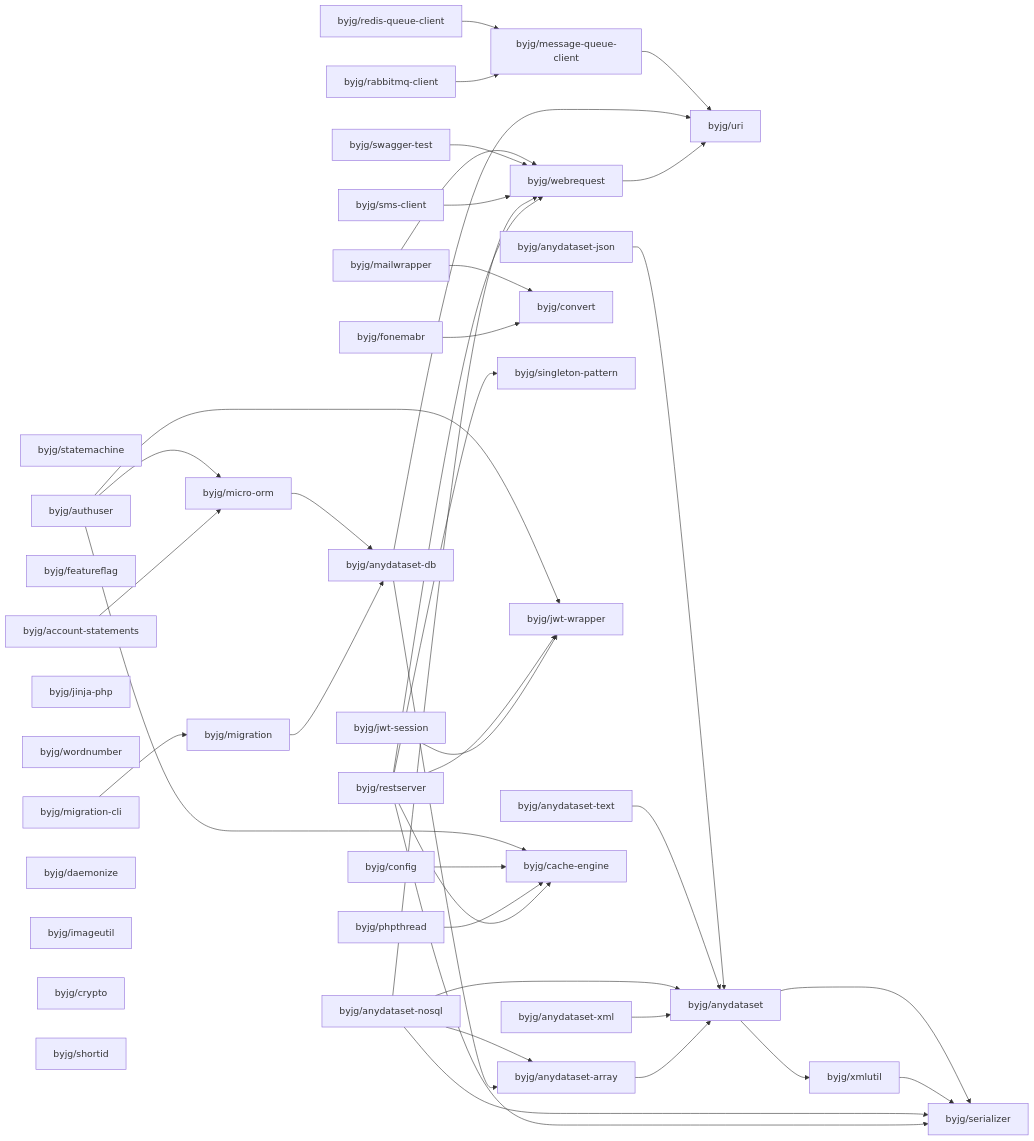
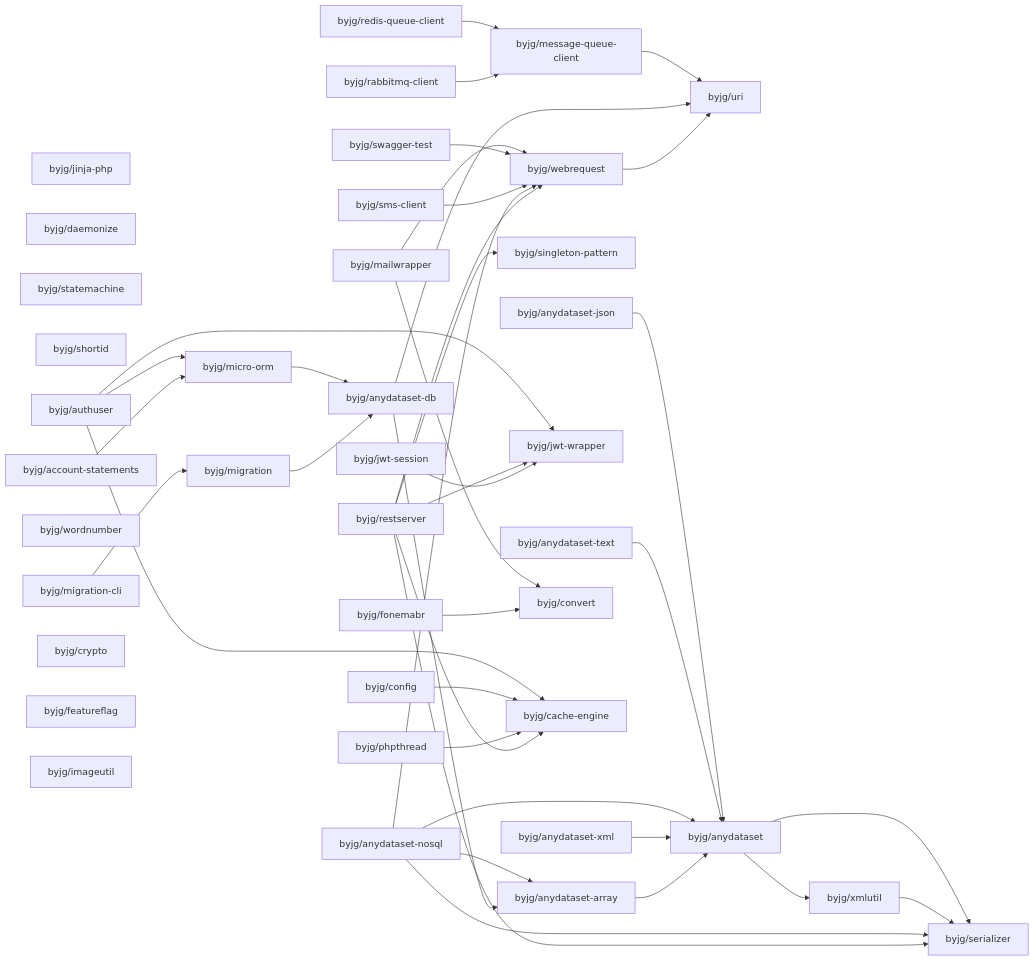
Before and after one commit to byjg/byjg.github.io: the diagram in docs/php/README.md, drawn with Mermaid. The commit also changed other lines of this file, not shown here.

Commit message:
Update documentation 'php' 'php-migration'

````diff
--- a/docs/php/README.md
+++ b/docs/php/README.md
@@ -3,79 +3,79 @@
 ```mermaid
 graph LR;
+  byjg/rabbitmq-client;
+  byjg/jinja-php;
+  byjg/daemonize;
+  byjg/jwt-session;
   byjg/statemachine;
+  byjg/shortid;
+  byjg/mailwrapper;
+  byjg/anydataset-json;
+  byjg/restserver;
   byjg/account-statements;
-  byjg/featureflag;
-  byjg/mailwrapper;
-  byjg/jwt-session;
   byjg/migration-cli;
-  byjg/jinja-php;
-  byjg/wordnumber;
   byjg/anydataset-nosql;
-  byjg/anydataset-json;
-  byjg/anydataset-xml;
-  byjg/rabbitmq-client;
-  byjg/redis-queue-client;
-  byjg/fonemabr;
-  byjg/phpthread;
-  byjg/authuser;
-  byjg/restserver;
-  byjg/anydataset-text;
   byjg/sms-client;
   byjg/swagger-test;
-  byjg/daemonize;
+  byjg/wordnumber;
+  byjg/authuser;
+  byjg/anydataset-xml;
+  byjg/crypto;
+  byjg/redis-queue-client;
+  byjg/config;
+  byjg/fonemabr;
+  byjg/anydataset-text;
+  byjg/featureflag;
   byjg/imageutil;
-  byjg/config;
-  byjg/crypto;
-  byjg/shortid;
+  byjg/phpthread;
+  byjg/singleton-pattern;
   byjg/migration;
+  byjg/webrequest;
+  byjg/micro-orm;
+  byjg/jwt-wrapper;
   byjg/message-queue-client;
   byjg/convert;
-  byjg/micro-orm;
-  byjg/singleton-pattern;
-  byjg/jwt-wrapper;
-  byjg/webrequest;
   byjg/cache-engine;
   byjg/anydataset-db;
   byjg/anydataset-array;
   byjg/uri;
   byjg/anydataset;
   byjg/xmlutil;
   byjg/serializer;
   byjg/account-statements --> byjg/micro-orm;
   byjg/fonemabr --> byjg/convert;
   byjg/webrequest --> byjg/uri;
   byjg/anydataset-array --> byjg/anydataset;
   byjg/anydataset-xml --> byjg/anydataset;
   byjg/rabbitmq-client --> byjg/message-queue-client;
   byjg/redis-queue-client --> byjg/message-queue-client;
   byjg/jwt-session --> byjg/jwt-wrapper;
   byjg/anydataset-db --> byjg/anydataset-array;
   byjg/anydataset-db --> byjg/uri;
   byjg/restserver --> byjg/serializer;
   byjg/restserver --> byjg/singleton-pattern;
   byjg/restserver --> byjg/cache-engine;
   byjg/restserver --> byjg/webrequest;
   byjg/restserver --> byjg/jwt-wrapper;
   byjg/migration --> byjg/anydataset-db;
   byjg/anydataset-nosql --> byjg/anydataset;
   byjg/anydataset-nosql --> byjg/anydataset-array;
   byjg/anydataset-nosql --> byjg/serializer;
   byjg/anydataset-nosql --> byjg/webrequest;
   byjg/phpthread --> byjg/cache-engine;
   byjg/sms-client --> byjg/webrequest;
   byjg/swagger-test --> byjg/webrequest;
   byjg/migration-cli --> byjg/migration;
   byjg/config --> byjg/cache-engine;
   byjg/anydataset-text --> byjg/anydataset;
   byjg/micro-orm --> byjg/anydataset-db;
   byjg/authuser --> byjg/micro-orm;
   byjg/authuser --> byjg/cache-engine;
   byjg/authuser --> byjg/jwt-wrapper;
   byjg/anydataset-json --> byjg/anydataset;
   byjg/mailwrapper --> byjg/convert;
   byjg/mailwrapper --> byjg/webrequest;
   byjg/xmlutil --> byjg/serializer;
   byjg/anydataset --> byjg/serializer;
   byjg/anydataset --> byjg/xmlutil;
   byjg/message-queue-client --> byjg/uri;
 ```
````
